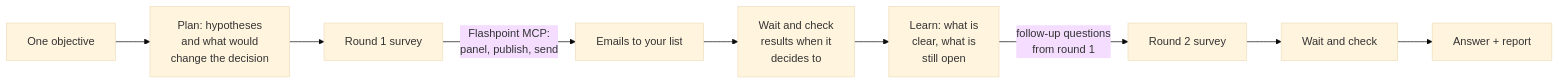
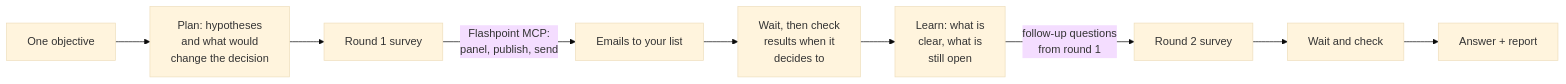
One commit to 4amGrind/LionMatch changed the diagram in agent/README.md. Above: the diagram before and after it, drawn with Mermaid (base theme). The commit also changed other lines of this file and 7 other files, not shown here.

````diff
--- a/agent/README.md
+++ b/agent/README.md
@@ -17,11 +28,11 @@
 ```mermaid
 flowchart LR
     O[One objective] --> P[Plan: hypotheses<br/>and what would<br/>change the decision]
     P --> R1[Round 1 survey]
     R1 -->|Flashpoint MCP:<br/>panel, publish, send| E[Emails to your list]
-    E --> W[Wait and check<br/>results when it<br/>decides to]
+    E --> W[Wait, then check<br/>results when it<br/>decides to]
     W --> L[Learn: what is<br/>clear, what is<br/>still open]
     L -->|follow-up questions<br/>from round 1| R2[Round 2 survey]
     R2 --> W2[Wait and check]
     W2 --> A[Answer + report]
 ```
````
